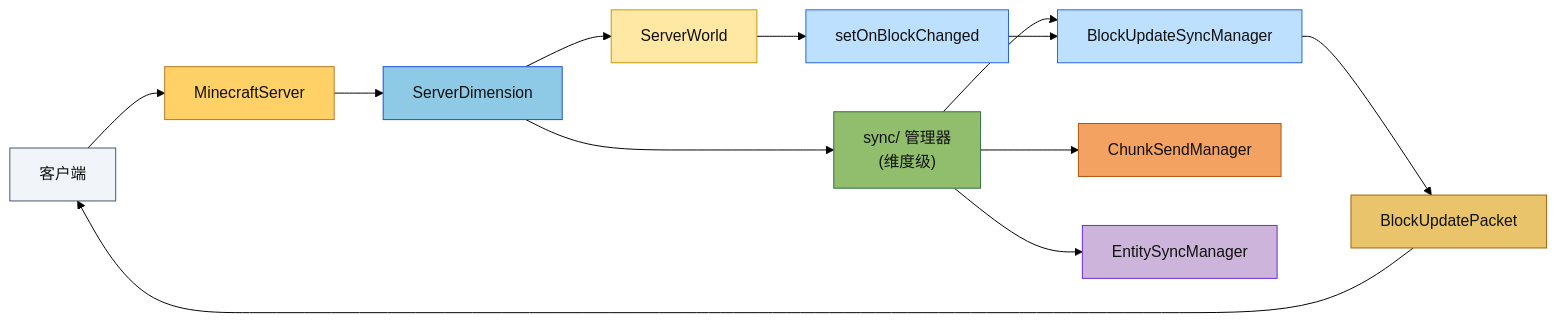
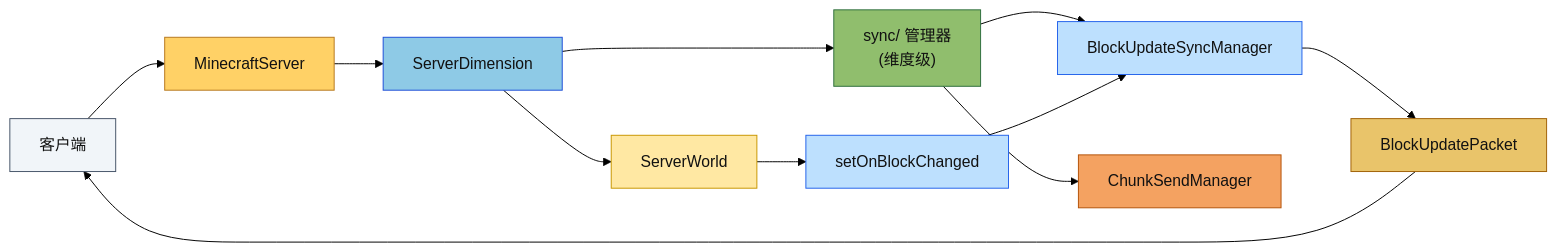
The diagram in src/server/README.md (g122622/Cubium), drawn with Mermaid (forest theme) before and after one commit. The commit also changed other lines of this file and 24 other files, not shown here.

````diff
--- a/src/server/README.md
+++ b/src/server/README.md
@@ -496,25 +494,23 @@
 ```mermaid
 flowchart LR
     client["客户端"] --> server["MinecraftServer"]
     server --> dim["ServerDimension"]
     dim --> sync["sync/ 管理器<br/>(维度级)"]
     sync --> block["BlockUpdateSyncManager"]
     sync --> chunk["ChunkSendManager"]
-    sync --> entity["EntitySyncManager"]
     dim --> world["ServerWorld"]
     world --> callback["setOnBlockChanged"]
     callback --> block
     block --> packet["BlockUpdatePacket"]
     packet --> client
 
     style client fill:#f1f5f9,stroke:#475569,color:#111
     style server fill:#ffd166,stroke:#b7791f,color:#111
     style dim fill:#8ecae6,stroke:#1d4ed8,color:#111
     style sync fill:#90be6d,stroke:#2f6f3e,color:#111
     style block fill:#bde0fe,stroke:#2563eb,color:#111
     style chunk fill:#f4a261,stroke:#b45309,color:#111
-    style entity fill:#cdb4db,stroke:#6d28d9,color:#111
     style world fill:#ffe8a3,stroke:#c99700,color:#111
     style callback fill:#bde0fe,stroke:#2563eb,color:#111
     style packet fill:#e9c46a,stroke:#a16207,color:#111
 ```
````
